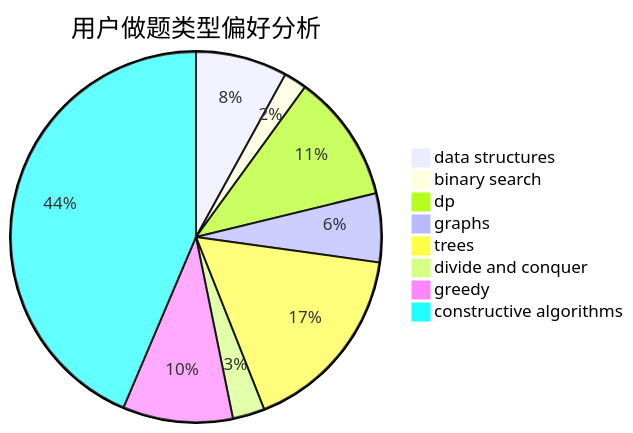
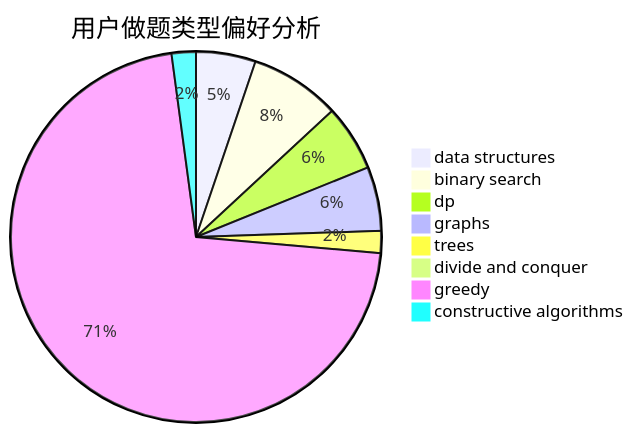
One commit to sherpahu/cfrs.github.io changed the second of 3 diagrams in docs/user/u2236.md. Above: the diagram before and after it, drawn with Mermaid. The commit also changed other lines of this file and 2770 other files, not shown here.

````diff
--- a/docs/user/u2236.md
+++ b/docs/user/u2236.md
@@ -23,11 +23,11 @@
 ```mermaid
 pie title 用户做题类型偏好分析
-    "data structures" :  20
-    "binary search" :  5
-    "dp" :  28
-    "graphs" :  15
-    "trees" :  42
-    "divide and conquer" :  7
-    "greedy" :  24
-    "constructive algorithms" :  109
+    "data structures" :  27
+    "binary search" :  41
+    "dp" :  30
+    "graphs" :  29
+    "trees" :  10
+    "divide and conquer" :  5
+    "greedy" :  371
+    "constructive algorithms" :  11
 ```
````
